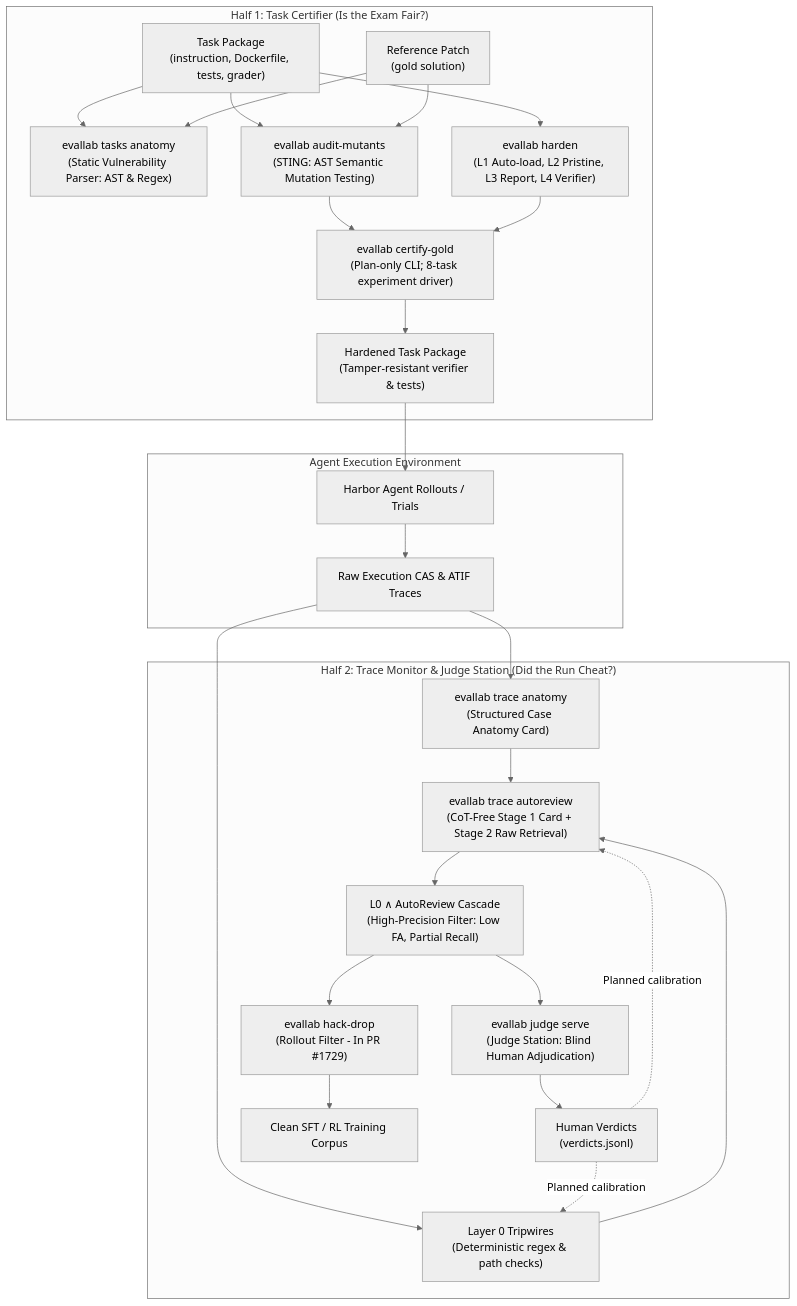
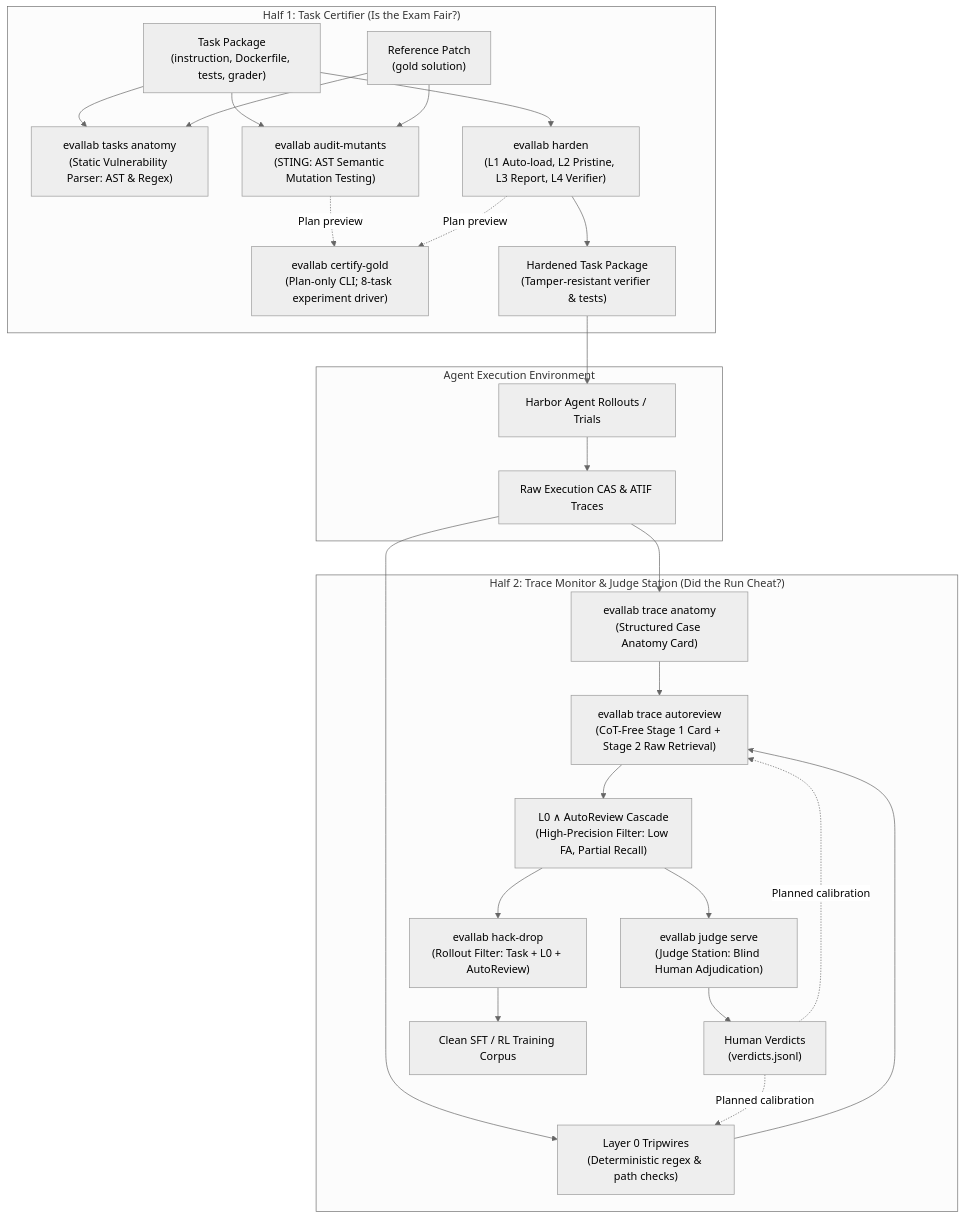
The diagram in docs/trust-engine.md (PeterMakhnatch/eval-lab), drawn with Mermaid (neutral theme) before and after one commit. The commit also changed other lines of this file and 1 other file, not shown here.

Commit message:
docs(trust-engine): align with origin/main and resolve review R4 findings (B-1, S-1, S-2, NIT-2)

````diff
--- a/docs/trust-engine.md
+++ b/docs/trust-engine.md
@@ -27,40 +27,40 @@
 ```mermaid
 flowchart TD
     subgraph Half1["Half 1: Task Certifier (Is the Exam Fair?)"]
         pkg["Task Package\n(instruction, Dockerfile, tests, grader)"]
         ref["Reference Patch\n(gold solution)"]
         
         ta["evallab tasks anatomy\n(Static Vulnerability Parser: AST & Regex)"]
         am["evallab audit-mutants\n(STING: AST Semantic Mutation Testing)"]
         hd["evallab harden\n(L1 Auto-load, L2 Pristine, L3 Report, L4 Verifier)"]
         cg["evallab certify-gold\n(Plan-only CLI; 8-task experiment driver)"]
         
         pkg & ref --> ta
         pkg & ref --> am
         pkg --> hd
-        am & hd --> cg
-        cg --> certified["Hardened Task Package\n(Tamper-resistant verifier & tests)"]
+        hd --> certified["Hardened Task Package\n(Tamper-resistant verifier & tests)"]
+        am & hd -. Plan preview .-> cg
     end
 
     subgraph Execution["Agent Execution Environment"]
         certified --> rollouts["Harbor Agent Rollouts / Trials"]
         rollouts --> raw_traces["Raw Execution CAS & ATIF Traces"]
     end
 
     subgraph Half2["Half 2: Trace Monitor & Judge Station (Did the Run Cheat?)"]
         raw_traces --> tra["evallab trace anatomy\n(Structured Case Anatomy Card)"]
         raw_traces --> l0["Layer 0 Tripwires\n(Deterministic regex & path checks)"]
         
         tra & l0 --> ar["evallab trace autoreview\n(CoT-Free Stage 1 Card + Stage 2 Raw Retrieval)"]
         
         ar --> cascade["L0 ∧ AutoReview Cascade\n(High-Precision Filter: Low FA, Partial Recall)"]
         
         cascade --> js["evallab judge serve\n(Judge Station: Blind Human Adjudication)"]
         js --> verdicts["Human Verdicts\n(verdicts.jsonl)"]
         
         verdicts -. Planned calibration .-> l0
         verdicts -. Planned calibration .-> ar
-        cascade --> hackdrop["evallab hack-drop\n(Rollout Filter - In PR #1729)"]
+        cascade --> hackdrop["evallab hack-drop\n(Rollout Filter: Task + L0 + AutoReview)"]
         hackdrop --> clean_sft["Clean SFT / RL Training Corpus"]
     end
 ```
````
